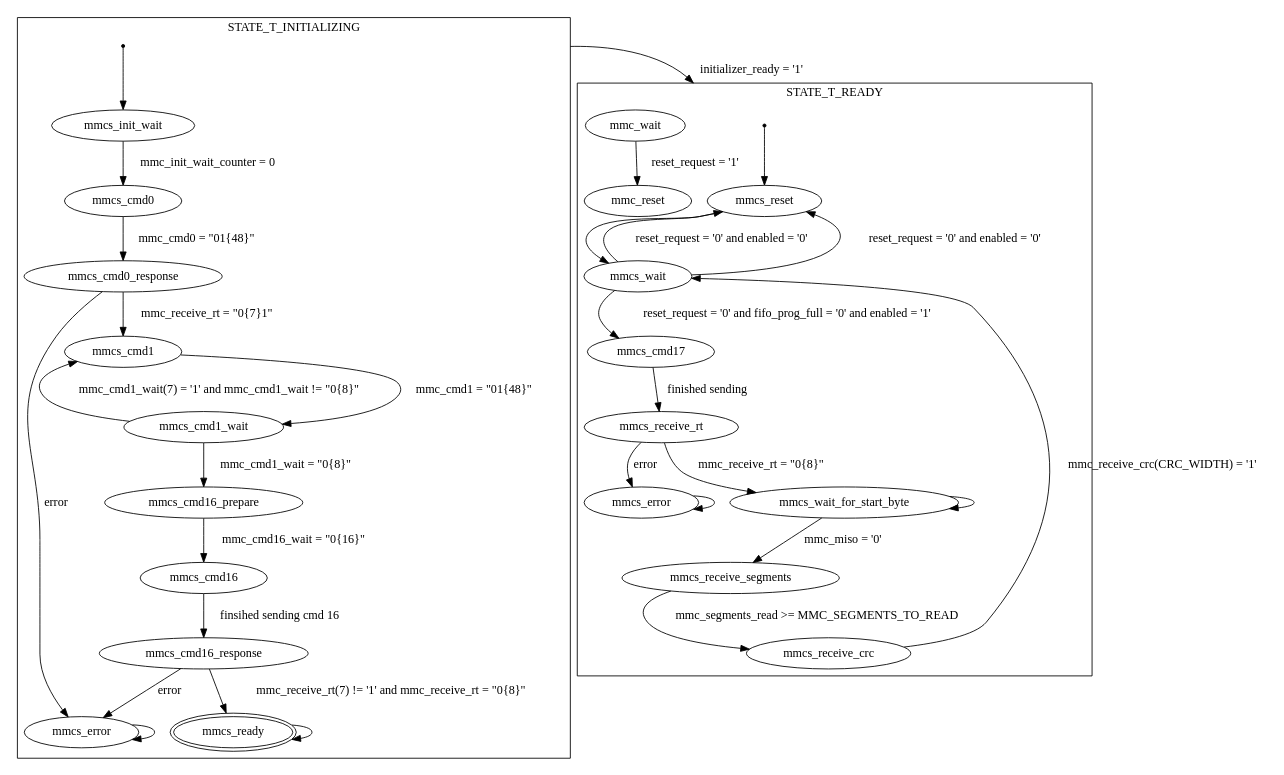
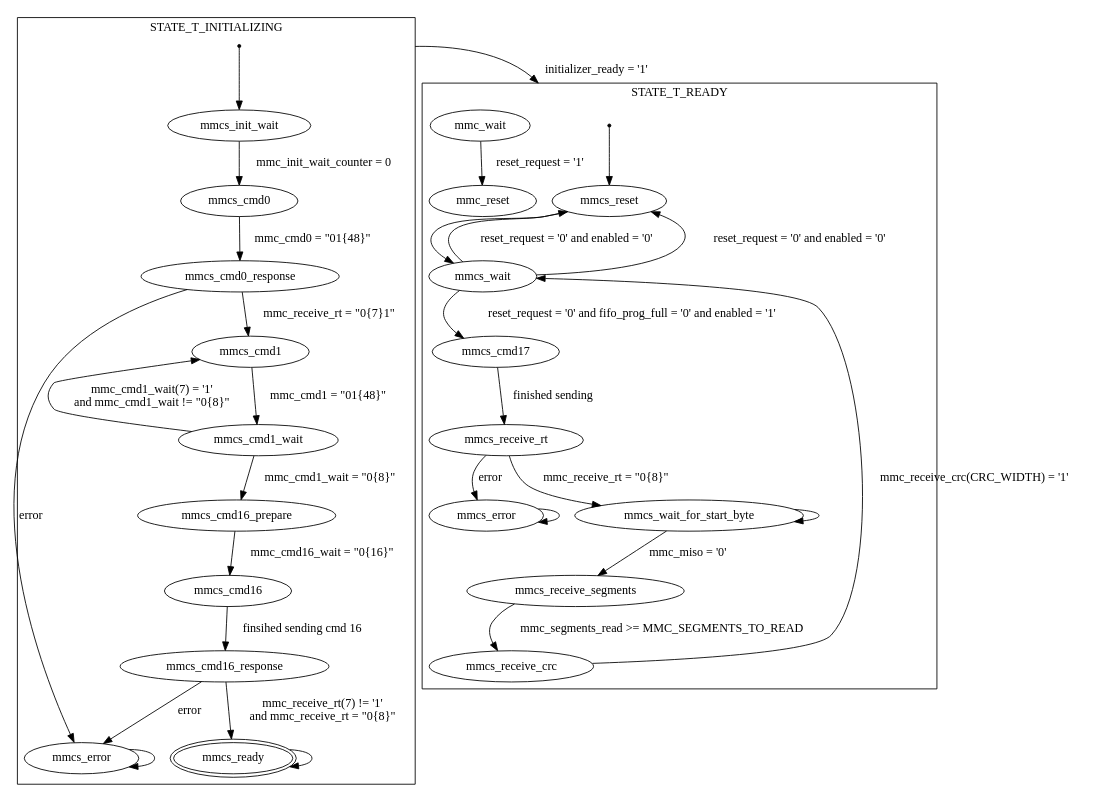
One commit to domoritz/S76D changed the diagram in docs/src/mmc_controller.dot. Above: the diagram before and after it, drawn with Graphviz. The commit also changed 5 other files, not shown here.

Commit message:
better charts

```diff
--- a/docs/src/mmc_controller.dot
+++ b/docs/src/mmc_controller.dot
@@ -1,62 +1,73 @@
 digraph G {
 	graph [compound=true];
 
 	start0 [shape=point];
 	start1 [shape=point];
 	mmcs_ready [peripheries=2];
 
 	DUMMY_0 -> DUMMY_1 [ltail=cluster_0 lhead=cluster_1 label="initializer_ready = '1'"];
 
 	subgraph cluster_0 {
 		label = "STATE_T_INITIALIZING";
 
 		DUMMY_0 [shape=point style=invis]
+		mmcs_error_initializer [label=mmcs_error];
 
-		mmcs_error_initializer [label=mmcs_error];
-		start0 -> mmcs_init_wait 
-		mmcs_init_wait -> mmcs_cmd0 [label="mmc_init_wait_counter = 0"] 
-		mmcs_cmd0 -> mmcs_cmd0_response [label="mmc_cmd0 = \"01{48}\""]
-		mmcs_cmd0_response -> mmcs_cmd1 [label="mmc_receive_rt = \"0{7}1\""] 
-		mmcs_cmd1 -> mmcs_cmd1_wait [label="mmc_cmd1 = \"01{48}\""]
-		mmcs_cmd1_wait -> mmcs_cmd16_prepare [label="mmc_cmd1_wait = \"0{8}\""]
-		mmcs_cmd1_wait -> mmcs_cmd1 [label="mmc_cmd1_wait(7) = '1' and mmc_cmd1_wait != \"0{8}\""]
-		mmcs_cmd16_prepare -> mmcs_cmd16 [label="mmc_cmd16_wait = \"0{16}\""]
-		mmcs_cmd16 -> mmcs_cmd16_response [label="finsihed sending cmd 16"]
-		mmcs_cmd16_response-> mmcs_ready [label="mmc_receive_rt(7) != '1' and mmc_receive_rt = \"0{8}\""];
-		mmcs_ready -> mmcs_ready;
+		subgraph master {
+			edge[weight=2]
+			start0 -> mmcs_init_wait 
+			mmcs_init_wait -> mmcs_cmd0 [label="mmc_init_wait_counter = 0"] 
+			mmcs_cmd0 -> mmcs_cmd0_response [label="mmc_cmd0 = \"01{48}\""]
+			mmcs_cmd0_response -> mmcs_cmd1 [label="mmc_receive_rt = \"0{7}1\""] 
+			mmcs_cmd1 -> mmcs_cmd1_wait [label="mmc_cmd1 = \"01{48}\""]
+			mmcs_cmd1_wait -> mmcs_cmd16_prepare [label="mmc_cmd1_wait = \"0{8}\""]
+			mmcs_cmd16_prepare -> mmcs_cmd16 [label="mmc_cmd16_wait = \"0{16}\""]
+			mmcs_cmd16 -> mmcs_cmd16_response [label="finsihed sending cmd 16"]
+			mmcs_cmd16_response-> mmcs_ready [label="mmc_receive_rt(7) != '1' \nand mmc_receive_rt = \"0{8}\""];
+			mmcs_ready -> mmcs_ready;
+		}
 
 		//{rank=same; start0 mmcs_init_wait mmcs_cmd0 mmcs_cmd0_response mmcs_cmd1 mmcs_cmd1_wait 
 		//	mmcs_cmd16_prepare mmcs_cmd16 mmcs_cmd16_response mmcs_ready}
 
-		mmcs_cmd16_response -> mmcs_error_initializer [label="error"];
-		mmcs_cmd0_response -> mmcs_error_initializer [label="error"];
-		mmcs_error_initializer -> mmcs_error_initializer;
+		subgraph branch {
+			edge[weight=0]
+			mmcs_cmd1_wait -> mmcs_cmd1 [label="mmc_cmd1_wait(7) = '1' \nand mmc_cmd1_wait != \"0{8}\""]
+
+			mmcs_cmd16_response -> mmcs_error_initializer [label="error"];
+			mmcs_cmd0_response -> mmcs_error_initializer [label="error"];
+			mmcs_error_initializer -> mmcs_error_initializer;
+		}
 	}
 
 	subgraph cluster_1 {
 		label = "STATE_T_READY";
 
 		DUMMY_1 [shape=point style=invis]
 
 		mmcs_error_reader [label=mmcs_error];
 
+		edge[weight=2]
 		start1 -> mmcs_reset
 		mmcs_reset -> mmcs_wait
 		mmcs_wait -> mmcs_cmd17 [label="reset_request = '0' and fifo_prog_full = '0' and enabled = '1'"]
-		mmcs_wait -> mmcs_reset [label="reset_request = '0' and enabled = '0'"]
-		mmcs_wait -> mmcs_reset [label="reset_request = '0' and enabled = '0'"] 
-		mmc_wait -> mmc_reset [label="reset_request = '1'"]
 		mmcs_cmd17 -> mmcs_receive_rt [label="finished sending"]
 		mmcs_receive_rt -> mmcs_wait_for_start_byte [label="mmc_receive_rt = \"0{8}\""]
 		mmcs_wait_for_start_byte -> mmcs_receive_segments [label="mmc_miso = '0'"]
 		mmcs_receive_segments -> mmcs_receive_crc [label="mmc_segments_read >= MMC_SEGMENTS_TO_READ"]
-		mmcs_receive_crc -> mmcs_wait [label="mmc_receive_crc(CRC_WIDTH) = '1'"]
 
 		//{rank=same; start1 mmcs_reset mcs_wait mmcs_cmd17 mmcs_receive_rt mmcs_wait_for_start_byte 
 		//	mmcs_receive_segments mmcs_receive_crc mmcs_wait}
 
+		edge[weight=1]
+
+		mmcs_wait -> mmcs_reset [label="reset_request = '0' and enabled = '0'"]
+		mmcs_wait -> mmcs_reset [label="reset_request = '0' and enabled = '0'"] 
+		mmc_wait -> mmc_reset [label="reset_request = '1'"]
+		mmcs_receive_crc -> mmcs_wait [label="mmc_receive_crc(CRC_WIDTH) = '1'"]
+		
 		mmcs_wait_for_start_byte -> mmcs_wait_for_start_byte;
 		mmcs_receive_rt -> mmcs_error_reader [label="error"];
 		mmcs_error_reader -> mmcs_error_reader;
 	}
 }
```
